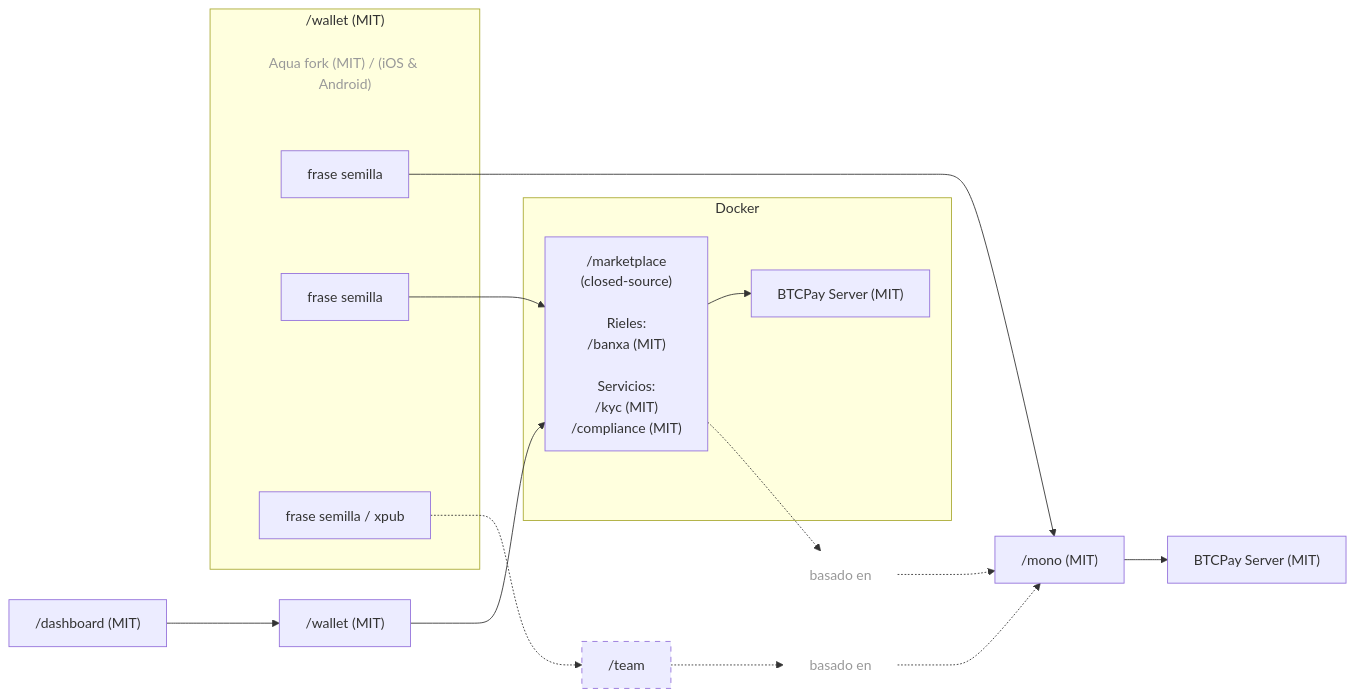
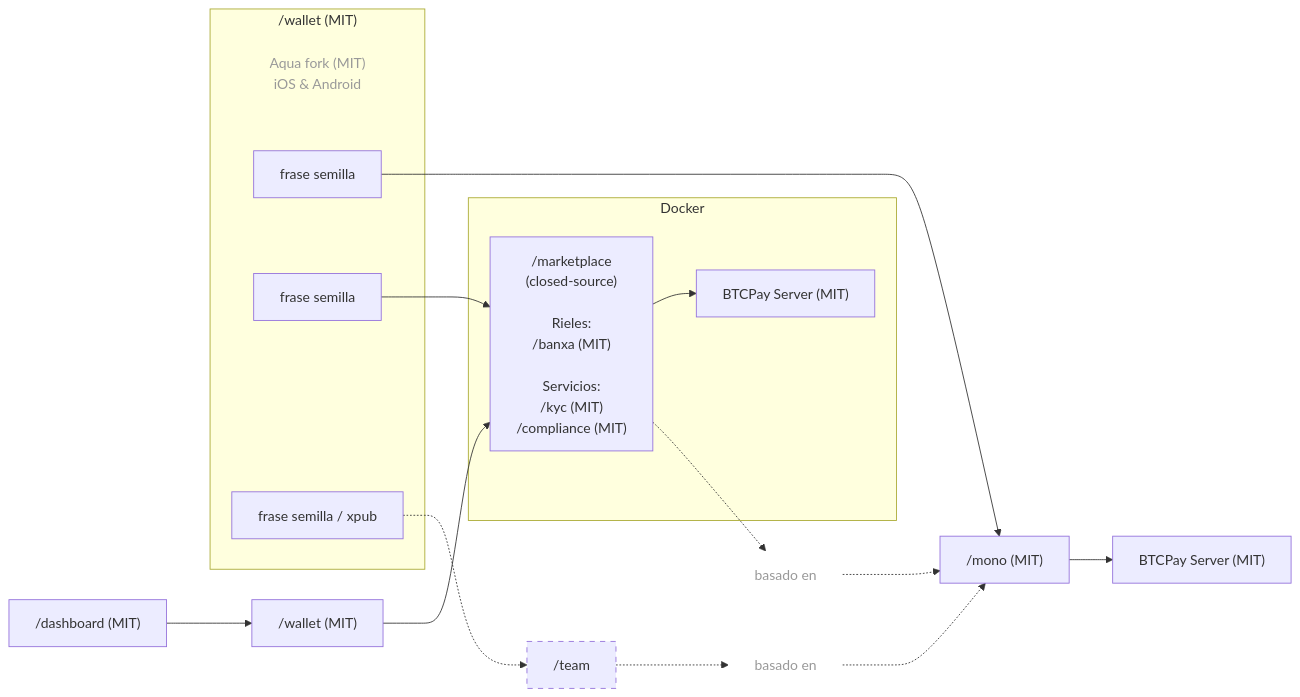
Before and after one commit to p2pay/.github: the diagram in profile/README.es.md, drawn with Mermaid.

Commit message:
Fix formatting in README.es.md for walletPlatform

````diff
--- a/profile/README.es.md
+++ b/profile/README.es.md
@@ -35,48 +35,48 @@
 ```mermaid
 flowchart LR
 
 subgraph walletWrap["/wallet (MIT)"]
-  walletPlatform["Aqua fork (MIT) / (iOS & Android)"]
+  walletPlatform["Aqua fork (MIT)<br/>iOS & Android"]
   seedMono["frase semilla"]
   seedMarket["frase semilla"]
   seedTeam["frase semilla / xpub"]
 end
 
 mono["/mono (MIT)"]
 monoBtcpay["BTCPay Server (MIT)"]
 
 subgraph docker["Docker"]
   marketplace["/marketplace<br/>(closed-source)<br/><br/>Rieles:<br/>/banxa (MIT)<br/><br/>Servicios:<br/>/kyc (MIT)<br/>/compliance (MIT)"]
   marketBtcpay["BTCPay Server (MIT)"]
 end
 
 team["/team"]
 otherWallet["/wallet (MIT)"]
 builtMarket["basado en"]
 builtTeam["basado en"]
 
 dashboard["/dashboard (MIT)"]
 
 seedMono --> mono
 seedMarket --> marketplace
 seedTeam -.-> team
 otherWallet --> marketplace
 
 mono --> monoBtcpay
 marketplace --> marketBtcpay
 dashboard --> otherWallet
 
 marketplace -.-> builtMarket
 builtMarket -.-> mono
 
 team -.-> builtTeam
 builtTeam -.-> mono
 
 style team stroke-dasharray: 6 6
 style builtMarket fill:transparent,stroke:transparent,color:#999
 style builtTeam fill:transparent,stroke:transparent,color:#999
 style walletPlatform fill:transparent,stroke:transparent,color:#999
 
 click otherWallet "https://github.com/P2Pagos/wallet" "_blank"
 click mono "https://github.com/P2Pagos/mono" "_blank"
 ```
````
